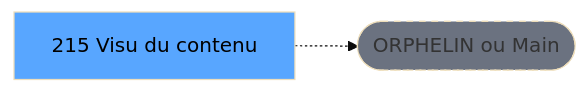
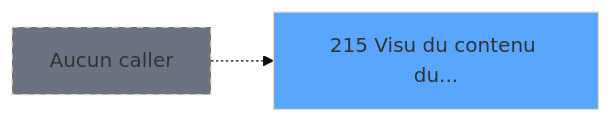
The second of 3 diagrams in .openspec/specs/ADH-IDE-215.md (thonyAGP/magic-migration), drawn with Mermaid (base theme) before and after one commit. The commit also changed other lines of this file and 493 other files, not shown here.

````diff
--- a/.openspec/specs/ADH-IDE-215.md
+++ b/.openspec/specs/ADH-IDE-215.md
@@ -122,8 +215,8 @@
 ```mermaid
 graph LR
-    T[215 Visu du contenu]
-    ORPHAN([ORPHELIN ou Main])
-    T -.-> ORPHAN
-    style T fill:#58a6ff,color:#000
-    style ORPHAN fill:#6b7280,stroke-dasharray: 5 5
+    T215[215 Visu du contenu du...]
+    style T215 fill:#58a6ff
+    NONE[Aucun caller]
+    NONE -.-> T215
+    style NONE fill:#6b7280,stroke-dasharray: 5 5
 ```
````
